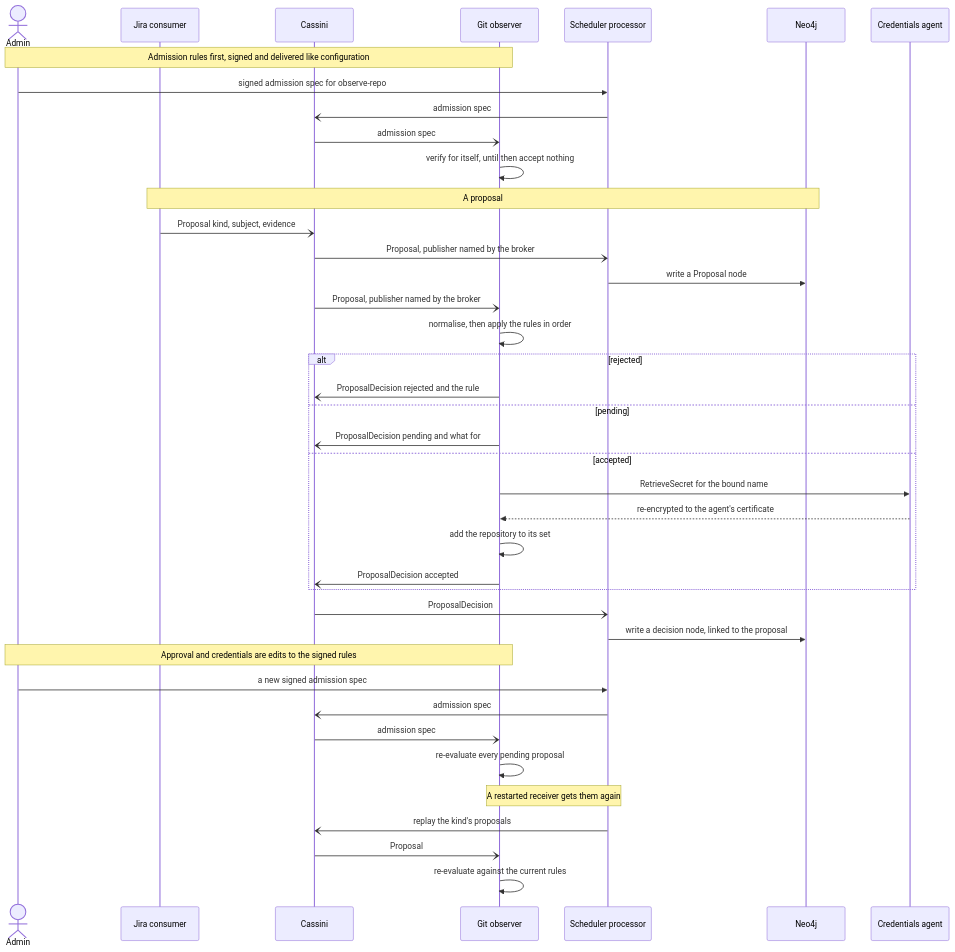
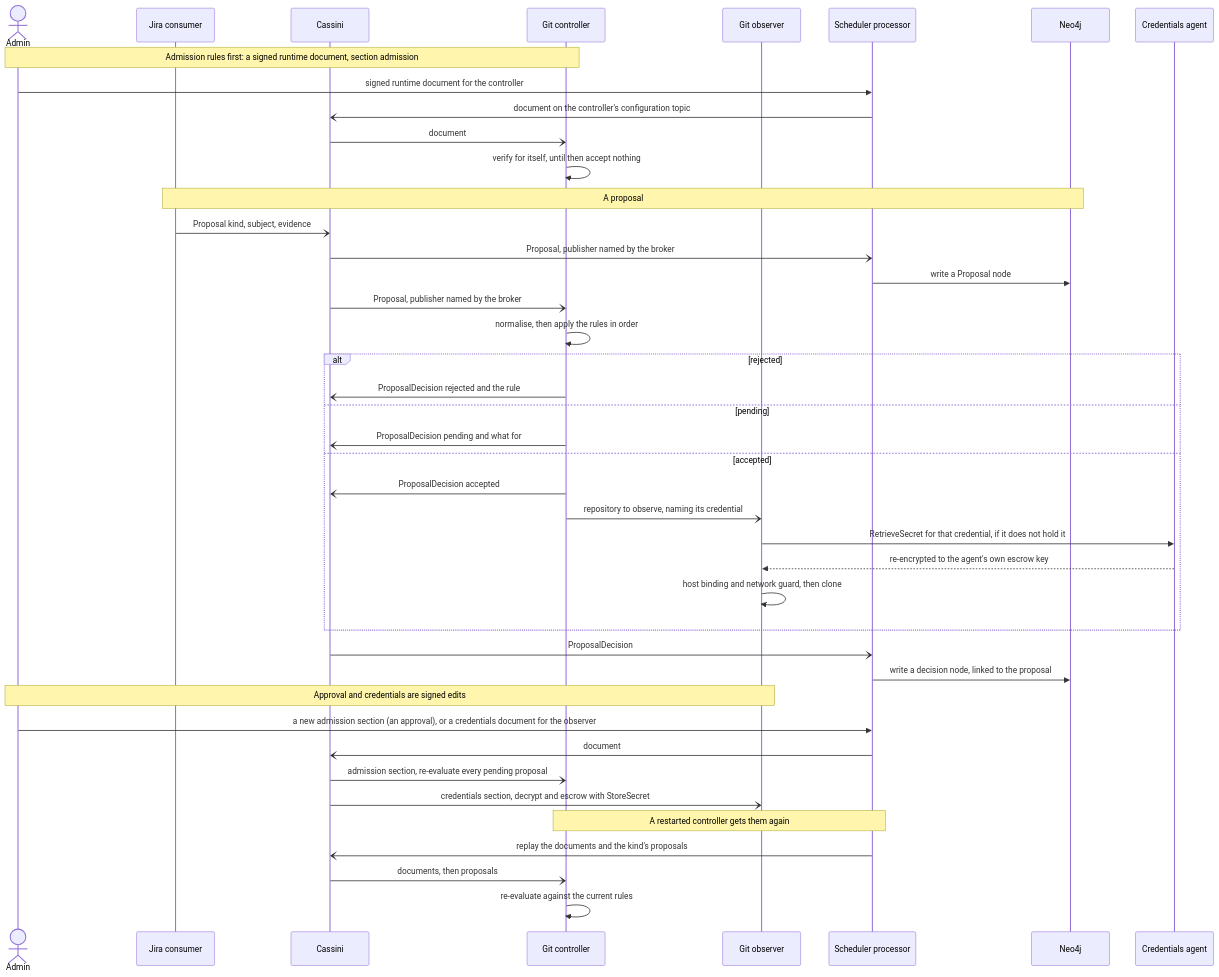
One commit to cmu-sei/Polar changed the diagram in docs/architecture/sequences/general/proposal_flow.mmd. Above: the diagram before and after it, drawn with Mermaid. The commit also changed 1 other file, not shown here.

Commit message:
docs: the proposal flow diagram shows the git controller as the receiver
proposal_flow.mmd still had the observer deciding proposals, a standalone
admission document, and the receiver calling RetrieveSecret as it accepted. The
design in git-controller.md (2026-10-12) moved the decision to the controller,
made admission a section of a runtime document, and has the observer, which
alone holds credentials, fetch the one a repository names.

The diagram now shows the controller deciding, the observer receiving the
repository with its credential's name and retrieving the secret if it does not
already hold it, approvals and credentials as signed edits (an admission
section to the controller, a credentials section to the observer), and a
restarted controller getting the documents and proposals again. The image is
regenerated as asset_regeneration.md describes.

```diff
--- a/docs/architecture/sequences/general/proposal_flow.mmd
+++ b/docs/architecture/sequences/general/proposal_flow.mmd
@@ -1,44 +1,46 @@
 sequenceDiagram
     actor Admin
     participant Proposer as Jira consumer
     participant Cassini
-    participant Receiver as Git observer
+    participant Controller as Git controller
+    participant Observer as Git observer
     participant Processor as Scheduler processor
     participant Graph as Neo4j
     participant Creds as Credentials agent
 
-    Note over Admin,Receiver: Admission rules first, signed and delivered like configuration
-    Admin->>Processor: signed admission spec for observe-repo
-    Processor-)Cassini: admission spec
-    Cassini-)Receiver: admission spec
-    Receiver->>Receiver: verify for itself, until then accept nothing
+    Note over Admin,Controller: Admission rules first: a signed runtime document, section admission
+    Admin->>Processor: signed runtime document for the controller
+    Processor-)Cassini: document on the controller's configuration topic
+    Cassini-)Controller: document
+    Controller->>Controller: verify for itself, until then accept nothing
 
     Note over Proposer,Graph: A proposal
     Proposer-)Cassini: Proposal kind, subject, evidence
     Cassini-)Processor: Proposal, publisher named by the broker
     Processor->>Graph: write a Proposal node
-    Cassini-)Receiver: Proposal, publisher named by the broker
-    Receiver->>Receiver: normalise, then apply the rules in order
+    Cassini-)Controller: Proposal, publisher named by the broker
+    Controller->>Controller: normalise, then apply the rules in order
     alt rejected
-        Receiver-)Cassini: ProposalDecision rejected and the rule
+        Controller-)Cassini: ProposalDecision rejected and the rule
     else pending
-        Receiver-)Cassini: ProposalDecision pending and what for
+        Controller-)Cassini: ProposalDecision pending and what for
     else accepted
-        Receiver->>Creds: RetrieveSecret for the bound name
-        Creds-->>Receiver: re-encrypted to the agent's certificate
-        Receiver->>Receiver: add the repository to its set
-        Receiver-)Cassini: ProposalDecision accepted
+        Controller-)Cassini: ProposalDecision accepted
+        Controller-)Observer: repository to observe, naming its credential
+        Observer->>Creds: RetrieveSecret for that credential, if it does not hold it
+        Creds-->>Observer: re-encrypted to the agent's own escrow key
+        Observer->>Observer: host binding and network guard, then clone
     end
     Cassini-)Processor: ProposalDecision
     Processor->>Graph: write a decision node, linked to the proposal
 
-    Note over Admin,Receiver: Approval and credentials are edits to the signed rules
-    Admin->>Processor: a new signed admission spec
-    Processor-)Cassini: admission spec
-    Cassini-)Receiver: admission spec
-    Receiver->>Receiver: re-evaluate every pending proposal
+    Note over Admin,Observer: Approval and credentials are signed edits
+    Admin->>Processor: a new admission section (an approval), or a credentials document for the observer
+    Processor-)Cassini: document
+    Cassini-)Controller: admission section, re-evaluate every pending proposal
+    Cassini-)Observer: credentials section, decrypt and escrow with StoreSecret
 
-    Note over Processor,Receiver: A restarted receiver gets them again
-    Processor-)Cassini: replay the kind's proposals
-    Cassini-)Receiver: Proposal
-    Receiver->>Receiver: re-evaluate against the current rules
+    Note over Processor,Controller: A restarted controller gets them again
+    Processor-)Cassini: replay the documents and the kind's proposals
+    Cassini-)Controller: documents, then proposals
+    Controller->>Controller: re-evaluate against the current rules
```
